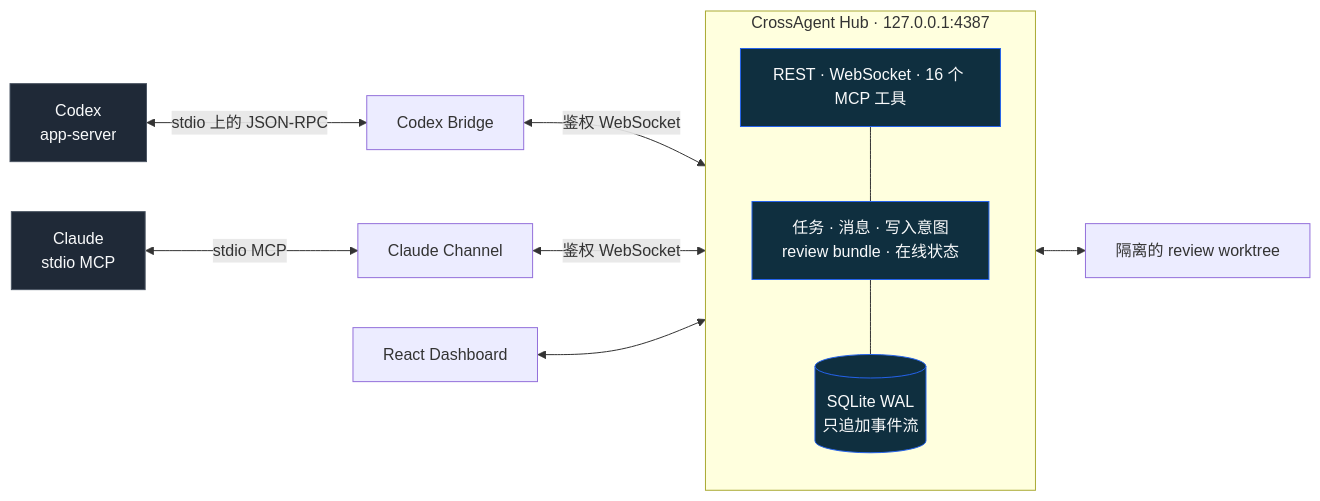
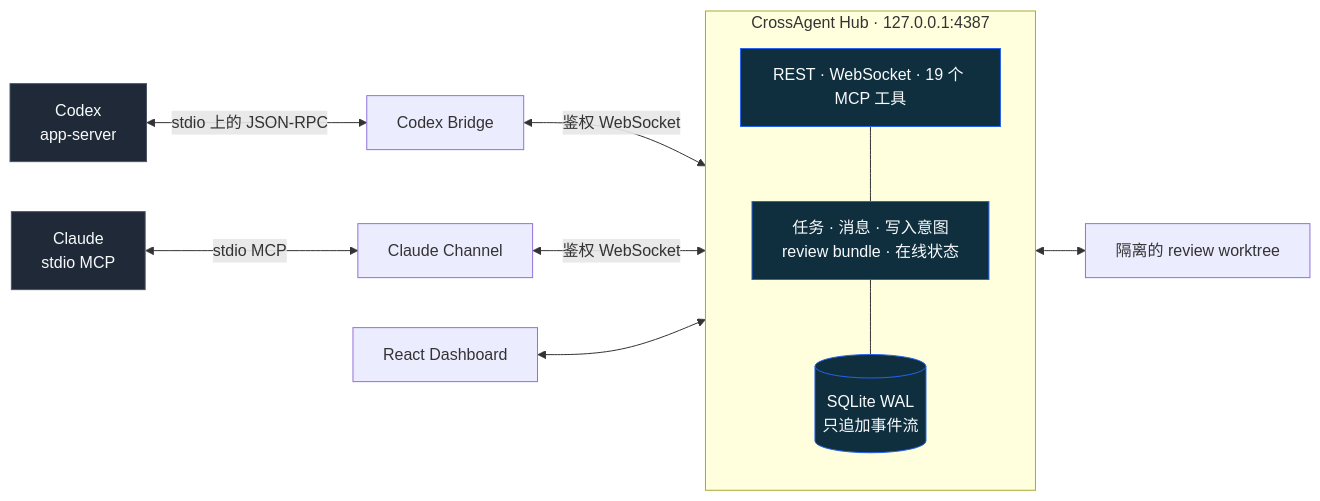
Before and after one commit to ayanamislover/ayanamiAgent-Hub: the second of 2 diagrams in README.zh-CN.md, drawn with Mermaid. The commit also changed other lines of this file and 10 other files, not shown here.

````diff
--- a/README.zh-CN.md
+++ b/README.zh-CN.md
@@ -229,30 +229,30 @@
 ```mermaid
 flowchart LR
   CX["Codex<br/>app-server"]
   CL["Claude<br/>stdio MCP"]
   CB["Codex Bridge"]
   CH["Claude Channel"]
 
   subgraph HUB["CrossAgent Hub · 127.0.0.1:4387"]
     direction TB
-    SVC["REST · WebSocket · 16 个 MCP 工具"]
+    SVC["REST · WebSocket · 19 个 MCP 工具"]
     DOM["任务 · 消息 · 写入意图<br/>review bundle · 在线状态"]
     DB[("SQLite WAL<br/>只追加事件流")]
     SVC --- DOM --- DB
   end
 
   UI["React Dashboard"]
   GIT["隔离的 review worktree"]
 
   CX <-->|"stdio 上的 JSON-RPC"| CB
   CL <-->|"stdio MCP"| CH
   CB <-->|"鉴权 WebSocket"| SVC
   CH <-->|"鉴权 WebSocket"| SVC
   UI <--> SVC
   DOM <--> GIT
 
   classDef agent fill:#1f2937,stroke:#4b5563,color:#f9fafb
   classDef hub fill:#0f2f3f,stroke:#2563eb,color:#f9fafb
   class CX,CL agent
   class SVC,DOM,DB hub
 ```
````
